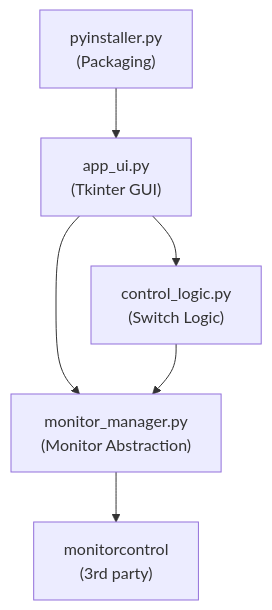
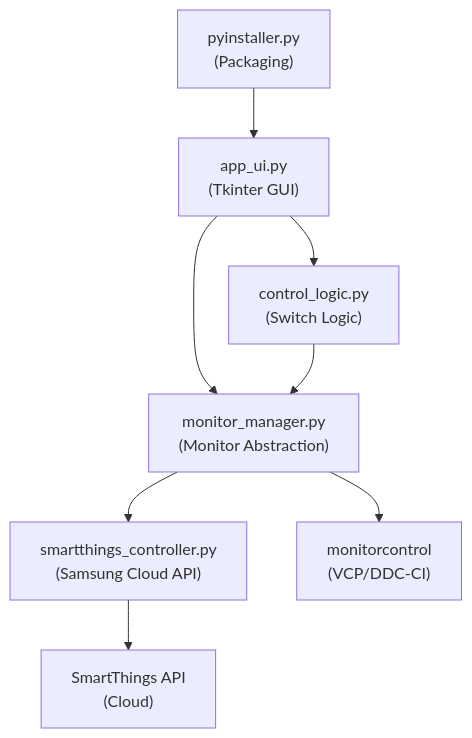
The diagram in README.md (Chisho/Monitor-Input-Switch), drawn with Mermaid before and after one commit. The commit also changed other lines of this file and 9 other files, not shown here.

````diff
--- a/README.md
+++ b/README.md
@@ -45,14 +57,18 @@
 ```mermaid
 graph TD
     UI["app_ui.py<br/>(Tkinter GUI)"]
     MM["monitor_manager.py<br/>(Monitor Abstraction)"]
     CL["control_logic.py<br/>(Switch Logic)"]
+    ST["smartthings_controller.py<br/>(Samsung Cloud API)"]
     PyI["pyinstaller.py<br/>(Packaging)"]
-    MonLib["monitorcontrol<br/>(3rd party)"]
+    MonLib["monitorcontrol<br/>(VCP/DDC-CI)"]
+    API["SmartThings API<br/>(Cloud)"]
 
     UI --> MM
     UI --> CL
     MM --> MonLib
+    MM --> ST
+    ST --> API
     CL --> MM
     PyI --> UI
 ```
````
